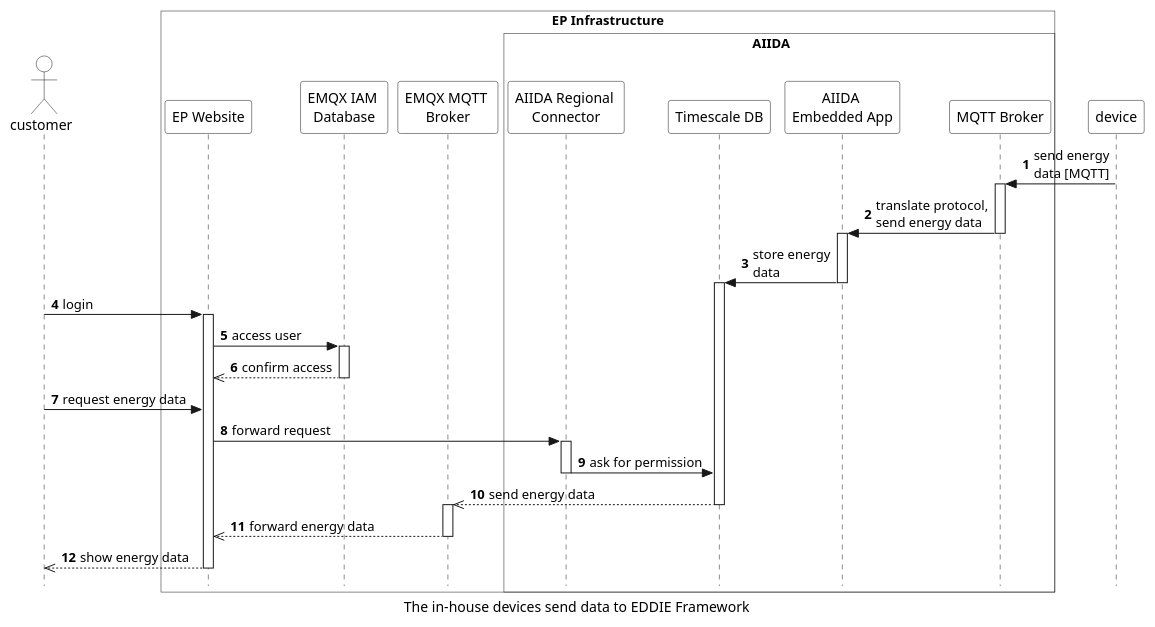
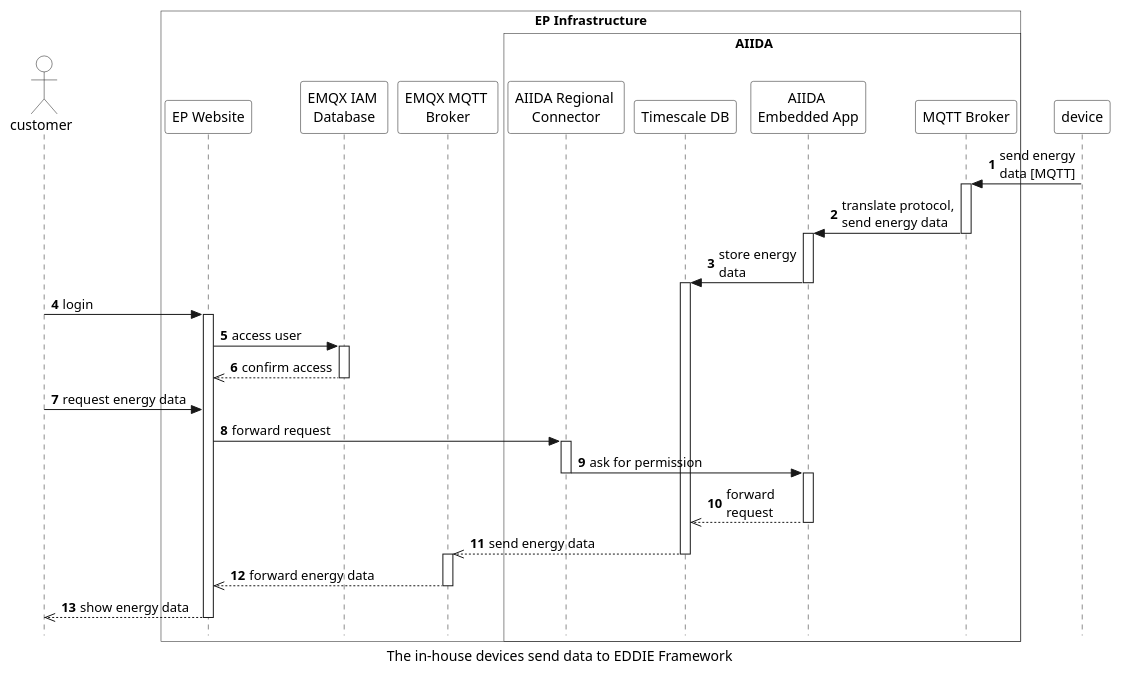
The diagram in arc42/aiida/runtime-view/figures/aiida_send_data.puml (eddie-energy/architecture), drawn with PlantUML before and after one commit. The commit also changed 4 other files, not shown here.

```diff
--- a/arc42/aiida/runtime-view/figures/aiida_send_data.puml
+++ b/arc42/aiida/runtime-view/figures/aiida_send_data.puml
@@ -1,68 +1,73 @@
 @startuml aiida_send_data
 'sequence diagram
 caption The in-house devices send data to EDDIE Framework
 
 skinparam style strictuml
 skinparam sequence {
   ParticipantBackgroundColor transparent
   ActorBackgroundColor transparent
 }
 
 autonumber
 !pragma teoz true
 actor customer
 
 box "Device" as device
 end box
 
 box "EP Infrastructure" #transparent
 
     participant "EP Website" as website
       participant "EMQX IAM \nDatabase" as database
     participant "EMQX MQTT \nBroker" as mqttbroker
     
     box "\tAIIDA\t\t"  #transparent
     participant "AIIDA Regional \nConnector" as connector
      participant "Timescale DB" as timescale
       participant "AIIDA \nEmbedded App"  as app
       participant "MQTT Broker" as broker
   end box
 
 end box
 
 
 device -> broker : send energy\ndata [MQTT]
 activate broker
 broker -> app : translate protocol,\nsend energy data
 deactivate broker
 activate app
 app -> timescale : store energy\ndata
 activate timescale
 deactivate app
 
 customer -> website : login
 activate website
 website -> database : access user 
 activate database
 database -->> website : confirm access 
 deactivate database
 
 
 customer -> website : request energy data
 website -> connector : forward request
 
 activate connector
-connector -> timescale : ask for permission
+connector -> app: ask for permission
+deactivate connector
+activate app 
+app -->> timescale : forward\nrequest
+deactivate app
+
 deactivate connector
 timescale -->>  mqttbroker  :send energy data
 activate mqttbroker
 deactivate timescale
 mqttbroker -->> website : forward energy data
 deactivate mqttbroker
 deactivate database
 website -->> customer : show energy data
 deactivate website
 
 
 
 @enduml
```
